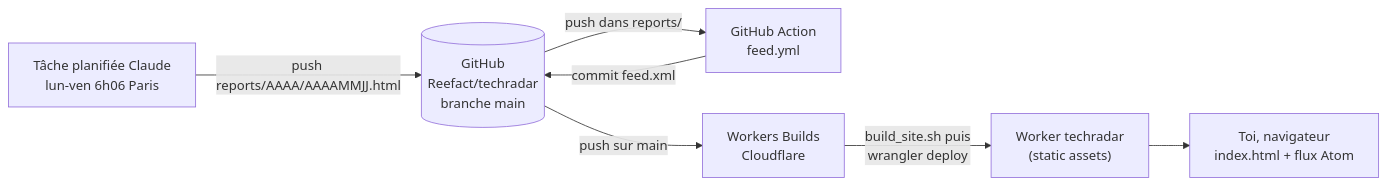
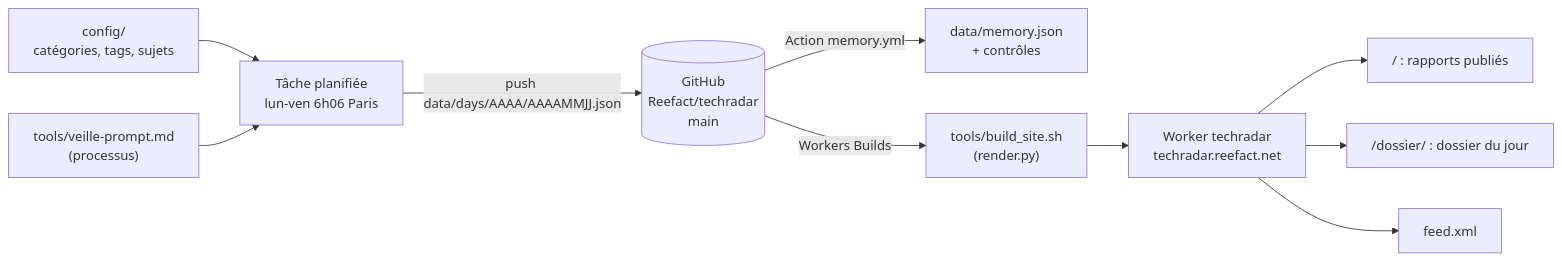
The diagram in docs/architecture.md (Reefact/techradar), drawn with Mermaid before and after one commit. The commit also changed other lines of this file and 33 other files, not shown here.

First line of the commit message:
v2: daily data files, rendered site, /dossier/, config/, check_day, new skills and docs

````diff
--- a/docs/architecture.md
+++ b/docs/architecture.md
@@ -5,9 +5,12 @@
 ```mermaid
 flowchart LR
-    T["Tâche planifiée Claude<br/>lun-ven 6h06 Paris"] -->|"push reports/AAAA/AAAAMMJJ.html"| G[("GitHub<br/>Reefact/techradar<br/>branche main")]
-    G -->|"push dans reports/"| A["GitHub Action<br/>feed.yml"]
-    A -->|"commit feed.xml"| G
-    G -->|"push sur main"| C["Workers Builds<br/>Cloudflare"]
-    C -->|"build_site.sh puis<br/>wrangler deploy"| W["Worker techradar<br/>(static assets)"]
-    W --> U["Toi, navigateur<br/>index.html + flux Atom"]
+    C["config/<br/>catégories, tags, sujets"] --> T["Tâche planifiée<br/>lun-ven 6h06 Paris"]
+    P["tools/veille-prompt.md<br/>(processus)"] --> T
+    T -->|"push data/days/AAAA/AAAAMMJJ.json"| G[("GitHub<br/>Reefact/techradar<br/>main")]
+    G -->|"Action memory.yml"| M["data/memory.json<br/>+ contrôles"]
+    G -->|"Workers Builds"| B["tools/build_site.sh<br/>(render.py)"]
+    B --> W["Worker techradar<br/>techradar.reefact.net"]
+    W --> U1["/ : rapports publiés"]
+    W --> U2["/dossier/ : dossier du jour"]
+    W --> U3["feed.xml"]
 ```
````
